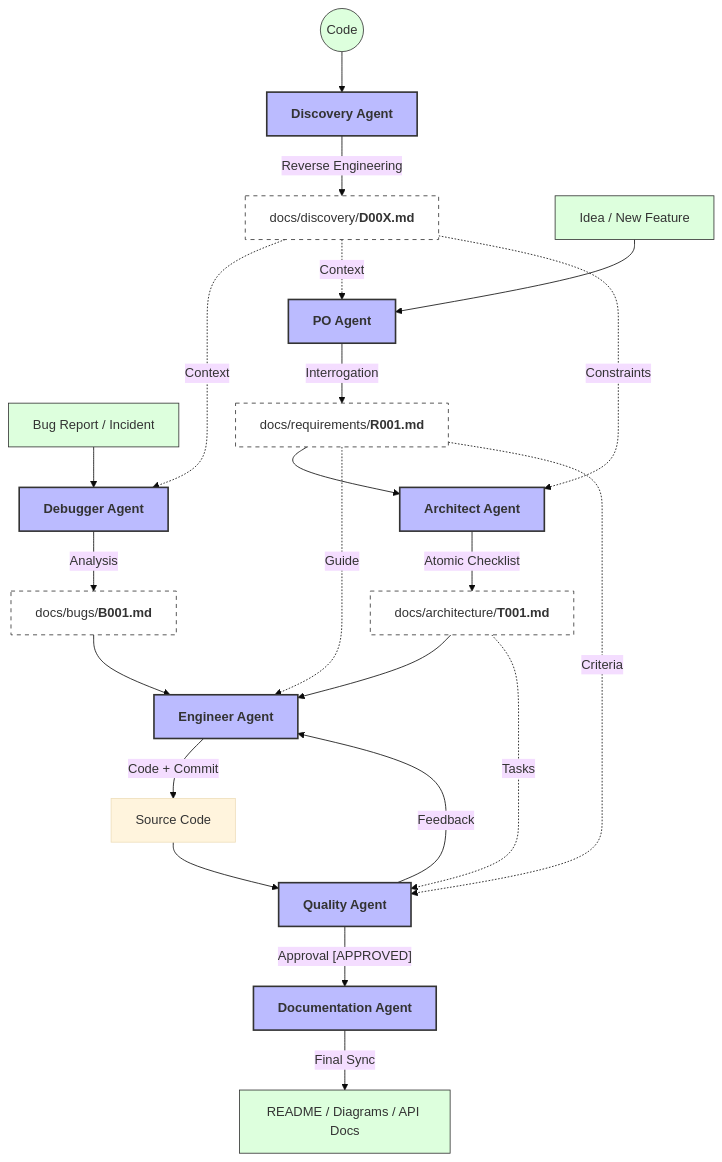
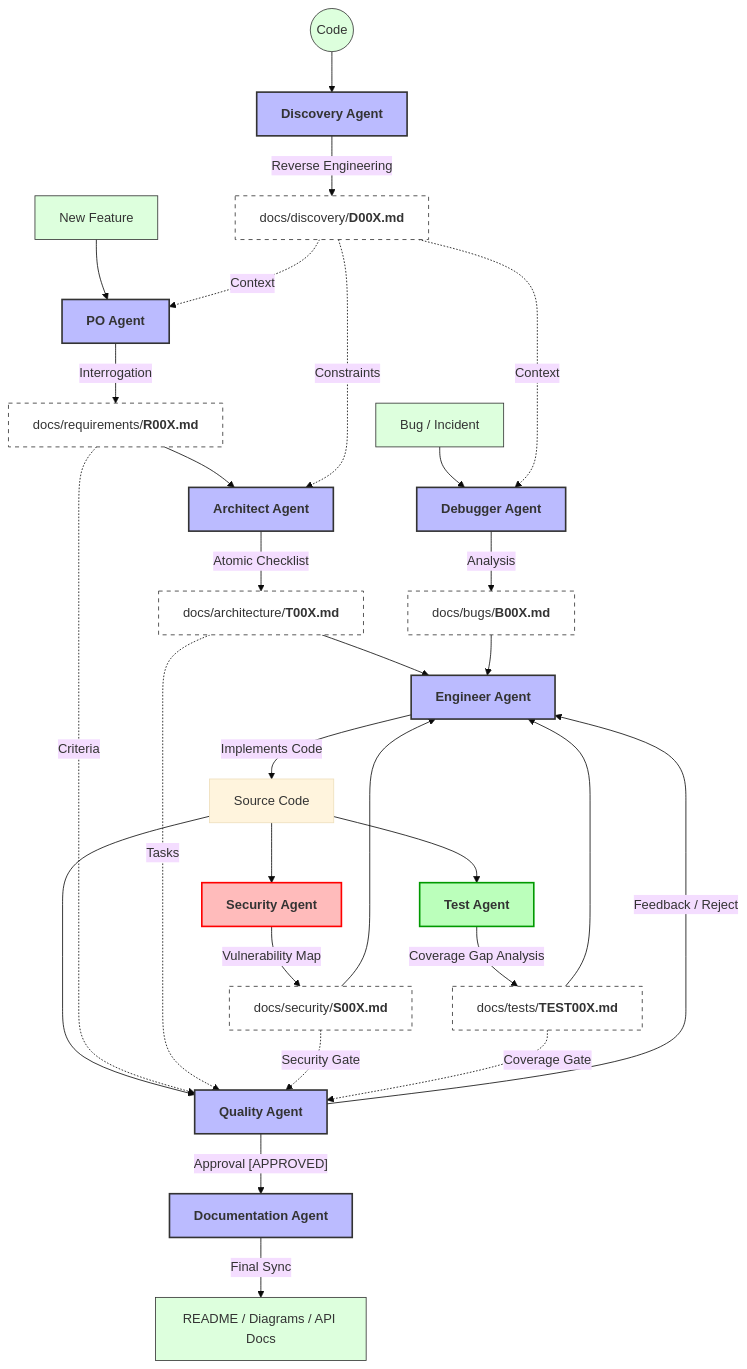
One commit to juliosilvacwb/agent-driven-development changed the diagram in ARTICLE_EN.md. Above: the diagram before and after it, drawn with Mermaid (base theme). The commit also changed other lines of this file and 6 other files, not shown here.

````diff
--- a/ARTICLE_EN.md
+++ b/ARTICLE_EN.md
@@ -549,56 +741,73 @@
 ```mermaid
 ---
 config:
   layout: dagre
 ---
 flowchart TB
     Start(("Code")) --> AgentArch["<b>Discovery Agent</b>"]
     AgentArch -- Reverse Engineering --> D_Doc["docs/discovery/<b>D00X.md</b>"]
     
-    Bug["Bug Report / Incident"] --> Debug["<b>Debugger Agent</b>"]
-    Debug -- Analysis --> B_Doc["docs/bugs/<b>B001.md</b>"]
+    Bug["Bug / Incident"] --> Debug["<b>Debugger Agent</b>"]
+    Debug -- Analysis --> B_Doc["docs/bugs/<b>B00X.md</b>"]
     D_Doc -. Context .-> Debug
     
-    Idea["Idea / New Feature"] --> PO["<b>PO Agent</b>"]
+    Idea["New Feature"] --> PO["<b>PO Agent</b>"]
     D_Doc -. Context .-> PO
+    PO -- Interrogation --> R_Doc["docs/requirements/<b>R00X.md</b>"]
     
-    PO -- Interrogation --> R_Doc["docs/requirements/<b>R001.md</b>"]
     R_Doc --> Arch["<b>Architect Agent</b>"]
     D_Doc -. Constraints .-> Arch
-    
-    Arch -- Atomic Checklist --> T_Doc["docs/architecture/<b>T001.md</b>"]
+    Arch -- Atomic Checklist --> T_Doc["docs/architecture/<b>T00X.md</b>"]
     
     T_Doc --> Eng["<b>Engineer Agent</b>"]
     B_Doc --> Eng
-    R_Doc -. Guide .-> Eng
     
-    Eng -- Code + Commit --> DevCode["Source Code"]
+    Eng -- Implements Code --> DevCode["Source Code"]
+    
+    %% Security Injection %%
+    DevCode --> SecAgent["<b>Security Agent</b>"]
+    SecAgent -- Vulnerability Map --> S_Doc["docs/security/<b>S00X.md</b>"]
+    S_Doc --> Eng
+    
+    %% Test Injection %%
+    DevCode --> TestAgent["<b>Test Agent</b>"]
+    TestAgent -- Coverage Gap Analysis --> Test_Doc["docs/tests/<b>TEST00X.md</b>"]
+    Test_Doc --> Eng
+    
     DevCode --> QA["<b>Quality Agent</b>"]
-    
     R_Doc -. Criteria .-> QA
     T_Doc -. Tasks .-> QA
+    S_Doc -. Security Gate .-> QA
+    Test_Doc -. Coverage Gate .-> QA
     
-    QA -- Feedback --> Eng
+    QA -- Feedback / Reject --> Eng
     QA -- Approval [APPROVED] --> DocAgent["<b>Documentation Agent</b>"]
     DocAgent -- Final Sync --> FinalDocs["README / Diagrams / API Docs"]
 
-     Start:::code
-     AgentArch:::agent
-     D_Doc:::docs
-     Bug:::code
-     Debug:::agent
-     B_Doc:::docs
-     Idea:::code
-     PO:::agent
-     R_Doc:::docs
-     Arch:::agent
-     T_Doc:::docs
-     Eng:::agent
-     QA:::agent
-     DocAgent:::agent
-     FinalDocs:::code
+    Start:::code
+    AgentArch:::agent
+    D_Doc:::docs
+    Bug:::code
+    Debug:::agent
+    B_Doc:::docs
+    Idea:::code
+    PO:::agent
+    R_Doc:::docs
+    Arch:::agent
+    T_Doc:::docs
+    SecAgent:::secagent
+    S_Doc:::docs
+    TestAgent:::testagent
+    Test_Doc:::docs
+    Eng:::agent
+    QA:::agent
+    DocAgent:::agent
+    FinalDocs:::code
+
     classDef actor fill:#f9f,stroke:#333,stroke-width:2px
     classDef agent fill:#bbf,stroke:#333,stroke-width:2px
+    classDef secagent fill:#fbb,stroke:#f00,stroke-width:2px
+    classDef testagent fill:#bfb,stroke:#090,stroke-width:2px
     classDef docs fill:#fff,stroke:#333,stroke-dasharray: 5 5
     classDef code fill:#dfd,stroke:#333,stroke-width:1px
 ```
````
